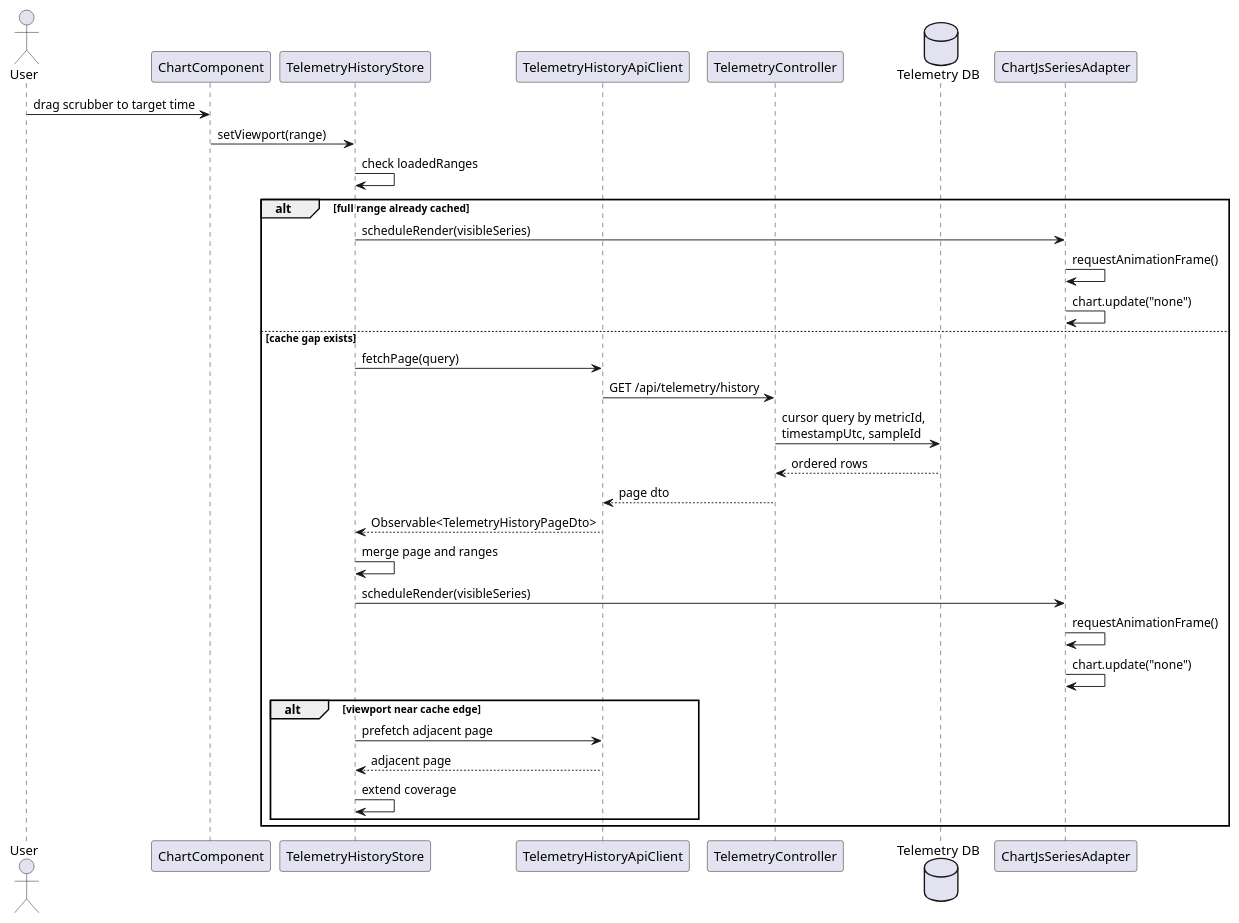
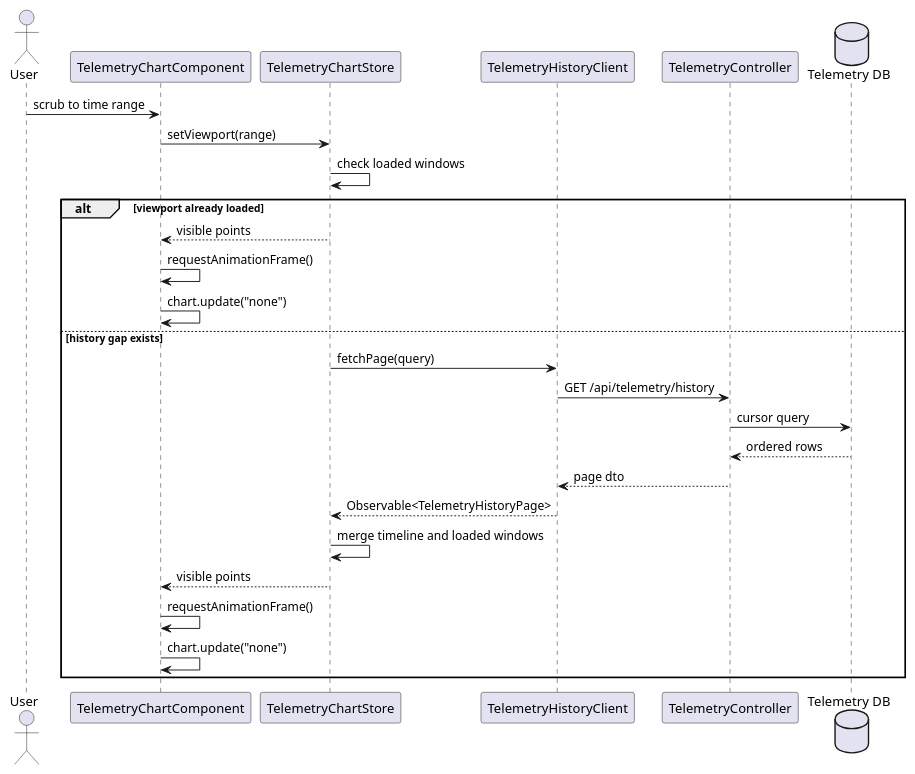
One commit to QuinntyneBrown/open-mct-real-time-and-historical-telemetry-visualization changed the diagram in docs/diagrams/historical-telemetry-retrieval-sequence.puml. Above: the diagram before and after it, drawn with PlantUML. The commit also changed 10 other files, not shown here.

```diff
--- a/docs/diagrams/historical-telemetry-retrieval-sequence.puml
+++ b/docs/diagrams/historical-telemetry-retrieval-sequence.puml
@@ -1,36 +1,29 @@
 @startuml
 actor User
-participant ChartComponent
-participant TelemetryHistoryStore
-participant TelemetryHistoryApiClient
+participant TelemetryChartComponent
+participant TelemetryChartStore
+participant TelemetryHistoryClient
 participant TelemetryController
 database "Telemetry DB" as Db
-participant ChartJsSeriesAdapter
 
-User -> ChartComponent : drag scrubber to target time
-ChartComponent -> TelemetryHistoryStore : setViewport(range)
-TelemetryHistoryStore -> TelemetryHistoryStore : check loadedRanges
+User -> TelemetryChartComponent : scrub to time range
+TelemetryChartComponent -> TelemetryChartStore : setViewport(range)
+TelemetryChartStore -> TelemetryChartStore : check loaded windows
 
-alt full range already cached
-  TelemetryHistoryStore -> ChartJsSeriesAdapter : scheduleRender(visibleSeries)
-  ChartJsSeriesAdapter -> ChartJsSeriesAdapter : requestAnimationFrame()
-  ChartJsSeriesAdapter -> ChartJsSeriesAdapter : chart.update("none")
-else cache gap exists
-  TelemetryHistoryStore -> TelemetryHistoryApiClient : fetchPage(query)
-  TelemetryHistoryApiClient -> TelemetryController : GET /api/telemetry/history
-  TelemetryController -> Db : cursor query by metricId,\ntimestampUtc, sampleId
+alt viewport already loaded
+  TelemetryChartStore --> TelemetryChartComponent : visible points
+  TelemetryChartComponent -> TelemetryChartComponent : requestAnimationFrame()
+  TelemetryChartComponent -> TelemetryChartComponent : chart.update("none")
+else history gap exists
+  TelemetryChartStore -> TelemetryHistoryClient : fetchPage(query)
+  TelemetryHistoryClient -> TelemetryController : GET /api/telemetry/history
+  TelemetryController -> Db : cursor query
   Db --> TelemetryController : ordered rows
-  TelemetryController --> TelemetryHistoryApiClient : page dto
-  TelemetryHistoryApiClient --> TelemetryHistoryStore : Observable<TelemetryHistoryPageDto>
-  TelemetryHistoryStore -> TelemetryHistoryStore : merge page and ranges
-  TelemetryHistoryStore -> ChartJsSeriesAdapter : scheduleRender(visibleSeries)
-  ChartJsSeriesAdapter -> ChartJsSeriesAdapter : requestAnimationFrame()
-  ChartJsSeriesAdapter -> ChartJsSeriesAdapter : chart.update("none")
-
-  alt viewport near cache edge
-    TelemetryHistoryStore -> TelemetryHistoryApiClient : prefetch adjacent page
-    TelemetryHistoryApiClient --> TelemetryHistoryStore : adjacent page
-    TelemetryHistoryStore -> TelemetryHistoryStore : extend coverage
-  end
+  TelemetryController --> TelemetryHistoryClient : page dto
+  TelemetryHistoryClient --> TelemetryChartStore : Observable<TelemetryHistoryPage>
+  TelemetryChartStore -> TelemetryChartStore : merge timeline and loaded windows
+  TelemetryChartStore --> TelemetryChartComponent : visible points
+  TelemetryChartComponent -> TelemetryChartComponent : requestAnimationFrame()
+  TelemetryChartComponent -> TelemetryChartComponent : chart.update("none")
 end
 @enduml
```
